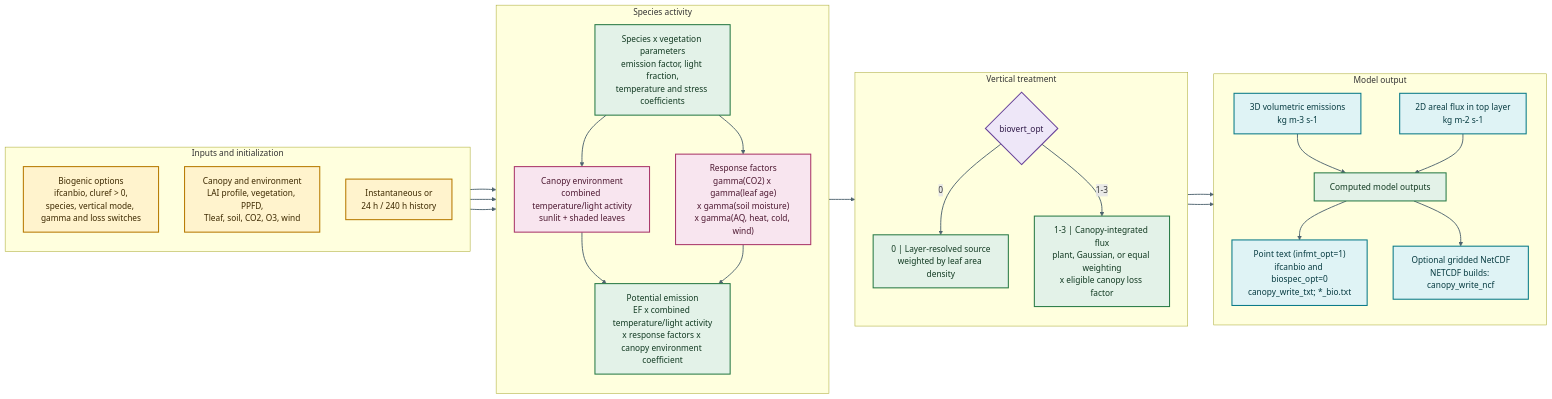
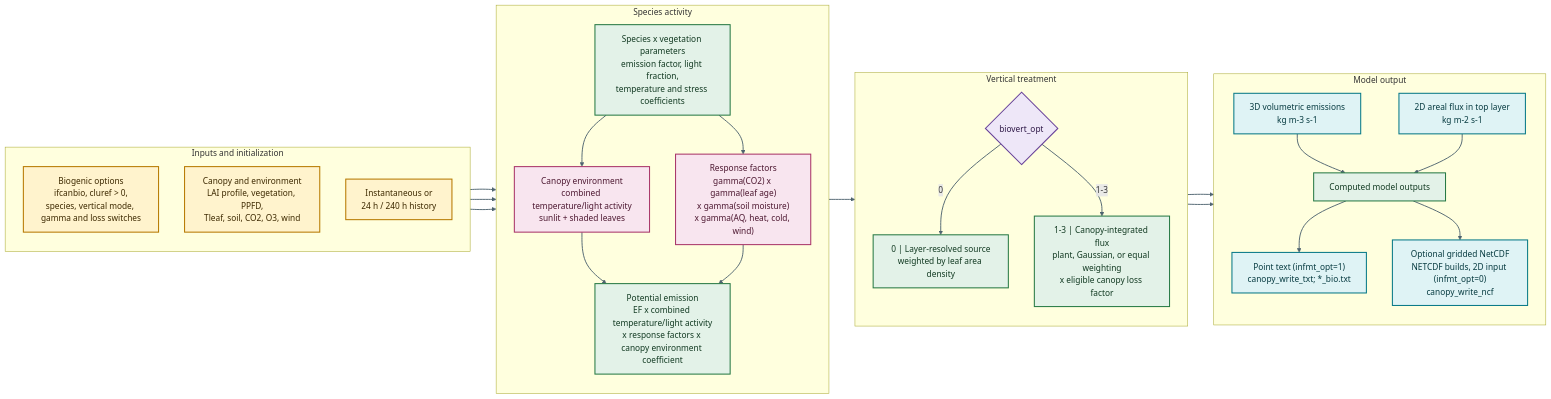
Before and after one commit to noaa-oar-arl/canopy-app: the diagram in docs/development/biogenic_emissions_flowchart_simplified.mmd, drawn with Mermaid. The commit also changed 2 other files, not shown here.

Commit message:
More bio flowchart updates.

```diff
--- a/docs/development/biogenic_emissions_flowchart_simplified.mmd
+++ b/docs/development/biogenic_emissions_flowchart_simplified.mmd
@@ -1,54 +1,54 @@
 flowchart LR
     classDef input fill:#FFF3CD,stroke:#B77900,color:#3D2900,stroke-width:2px
     classDef model fill:#E3F2E8,stroke:#287A45,color:#123A22,stroke-width:2px
     classDef factor fill:#F8E5EF,stroke:#A93669,color:#4D1831,stroke-width:2px
     classDef decision fill:#EEE7F8,stroke:#68429A,color:#2F1948,stroke-width:2px
     classDef output fill:#DFF3F5,stroke:#087987,color:#073B41,stroke-width:2px
 
     subgraph A["Inputs and initialization"]
         direction TB
         CFG["Biogenic options<br/>ifcanbio, cluref > 0,<br/>species, vertical mode, gamma and loss switches"]:::input
         STATE["Canopy and environment<br/>LAI profile, vegetation, PPFD,<br/>Tleaf, soil, CO2, O3, wind"]:::input
         HIST["Instantaneous or<br/>24 h / 240 h history"]:::input
     end
 
     subgraph B["Species activity"]
         direction TB
         PARM["Species x vegetation parameters<br/>emission factor, light fraction,<br/>temperature and stress coefficients"]:::model
         ENV["Canopy environment<br/>combined temperature/light activity<br/>sunlit + shaded leaves"]:::factor
         MOD["Response factors<br/>gamma(CO2) x gamma(leaf age)<br/>x gamma(soil moisture)<br/>x gamma(AQ, heat, cold, wind)"]:::factor
         EMIS["Potential emission<br/>EF x combined temperature/light activity<br/>x response factors x canopy environment coefficient"]:::model
     end
 
     subgraph C["Vertical treatment"]
         direction TB
         VERT{"biovert_opt"}:::decision
         PROFILE["0 | Layer-resolved source<br/>weighted by leaf area density"]:::model
         INTEGRATE["1-3 | Canopy-integrated flux<br/>plant, Gaussian, or equal weighting<br/>x eligible canopy loss factor"]:::model
     end
 
     subgraph D["Model output"]
         direction TB
         VOL["3D volumetric emissions<br/>kg m-3 s-1"]:::output
         AREA["2D areal flux in top layer<br/>kg m-2 s-1"]:::output
         OUT["Computed model outputs"]:::model
-        WRITE["Point text (infmt_opt=1)<br/>ifcanbio and biospec_opt=0<br/>canopy_write_txt; *_bio.txt"]:::output
-        NCF["Optional gridded NetCDF<br/>NETCDF builds: canopy_write_ncf"]:::output
+        WRITE["Point text (infmt_opt=1)<br/>canopy_write_txt; *_bio.txt"]:::output
+        NCF["Optional gridded NetCDF<br/>NETCDF builds, 2D input (infmt_opt=0)<br/>canopy_write_ncf"]:::output
     end
 
     CFG --> PARM
     STATE --> ENV
     HIST --> ENV
     PARM --> ENV
     PARM --> MOD
     ENV --> EMIS
     MOD --> EMIS
     EMIS --> VERT
     VERT -->|0| PROFILE --> VOL
     VERT -->|1-3| INTEGRATE --> AREA
     VOL --> OUT
     AREA --> OUT
     OUT --> WRITE
     OUT --> NCF
 
     linkStyle default stroke:#4F6470,stroke-width:1.8px
```
